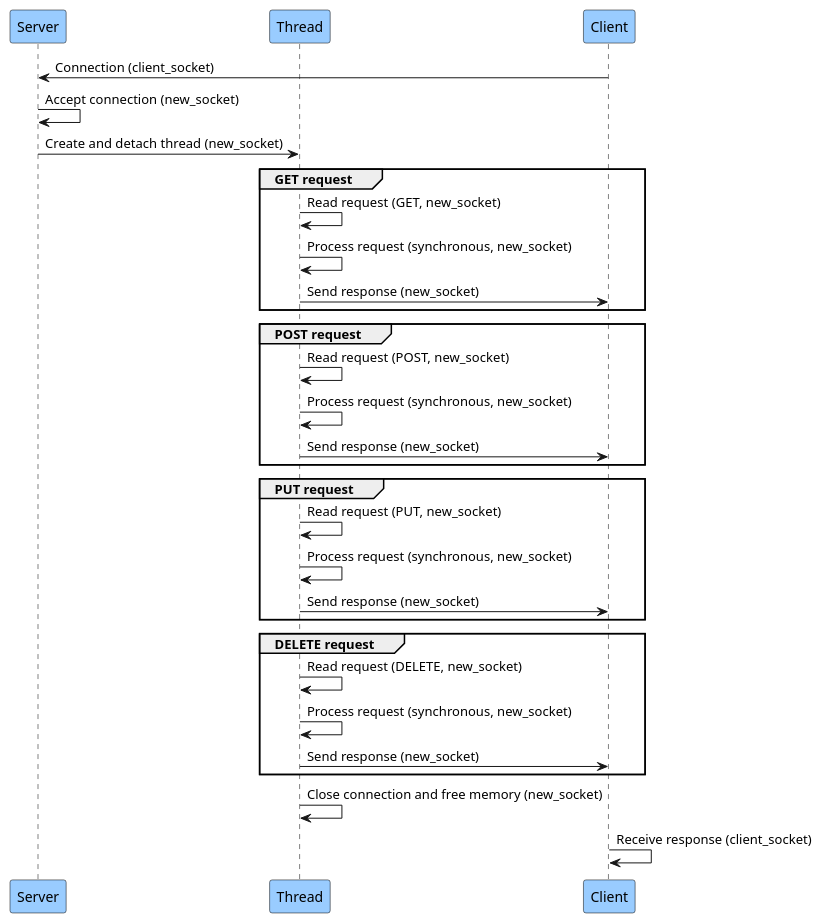
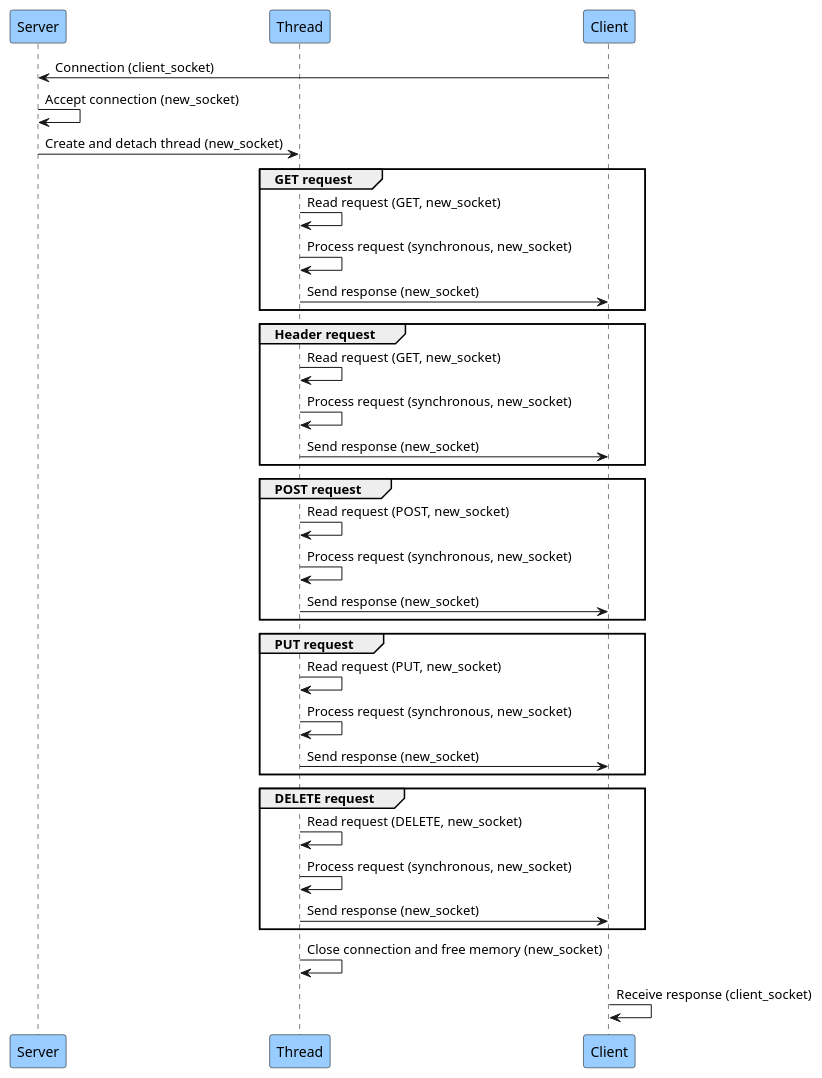
Before and after one commit to Haroun-Azoulay/c-cherokee: the diagram in sequence_diagram.puml, drawn with PlantUML. The commit also changed 2 other files, not shown here.

Commit message:
Update plantUML

```diff
--- a/sequence_diagram.puml
+++ b/sequence_diagram.puml
@@ -1,39 +1,44 @@
 @startuml
 skinparam sequence {
     LifeLineBorderColor black
     LifeLineBackgroundColor #99CCFF
     ParticipantBorderColor black
     ParticipantBackgroundColor #99CCFF
     SequenceGroupBorderColor black
     SequenceGroupBackgroundColor #99CCFF
 }
 
 participant Server
 participant "Thread" as Thread
 
 Client -> Server: Connection (client_socket)
 Server -> Server: Accept connection (new_socket)
 Server -> Thread: Create and detach thread (new_socket)
 group GET request
+    Thread -> Thread: Read request (GET, new_socket)
+    Thread -> Thread: Process request (synchronous, new_socket)
+    Thread -> Client: Send response (new_socket)
+end
+group Header request
     Thread -> Thread: Read request (GET, new_socket)
     Thread -> Thread: Process request (synchronous, new_socket)
     Thread -> Client: Send response (new_socket)
 end
 group POST request
     Thread -> Thread: Read request (POST, new_socket)
     Thread -> Thread: Process request (synchronous, new_socket)
     Thread -> Client: Send response (new_socket)
 end
 group PUT request
     Thread -> Thread: Read request (PUT, new_socket)
     Thread -> Thread: Process request (synchronous, new_socket)
     Thread -> Client: Send response (new_socket)
 end
 group DELETE request
     Thread -> Thread: Read request (DELETE, new_socket)
     Thread -> Thread: Process request (synchronous, new_socket)
     Thread -> Client: Send response (new_socket)
 end
 Thread -> Thread: Close connection and free memory (new_socket)
 Client -> Client: Receive response (client_socket)
 @enduml
```
